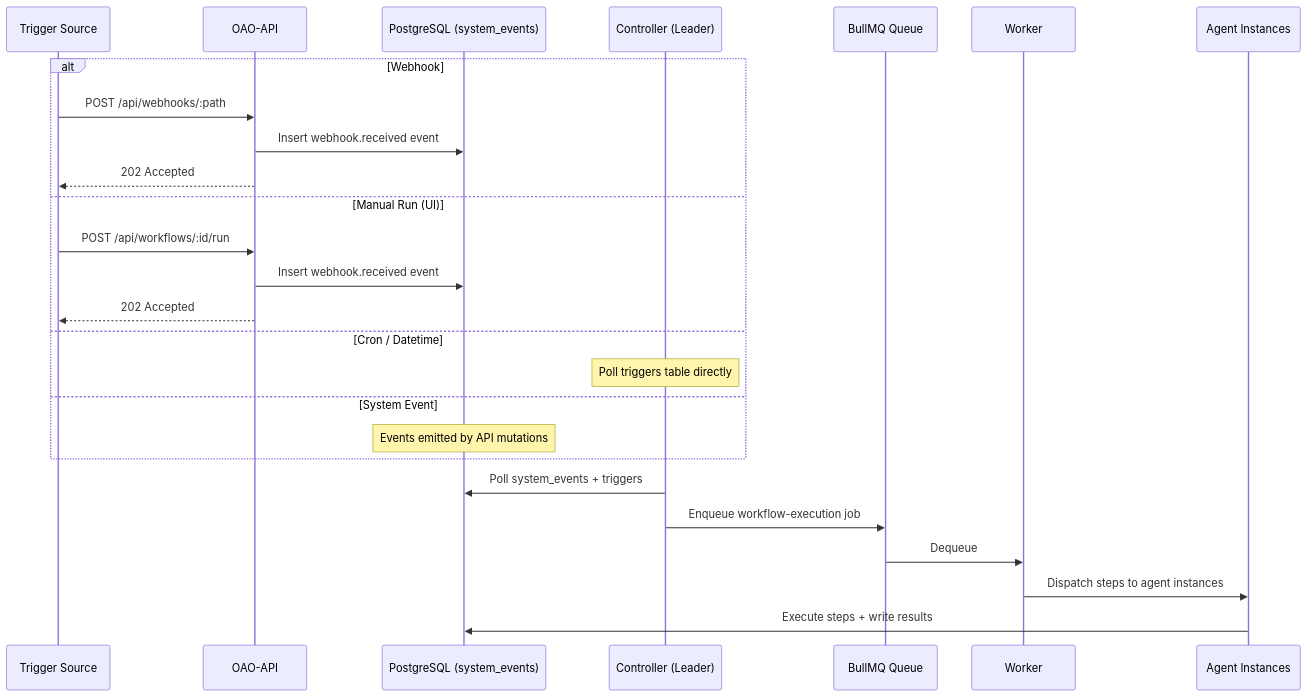
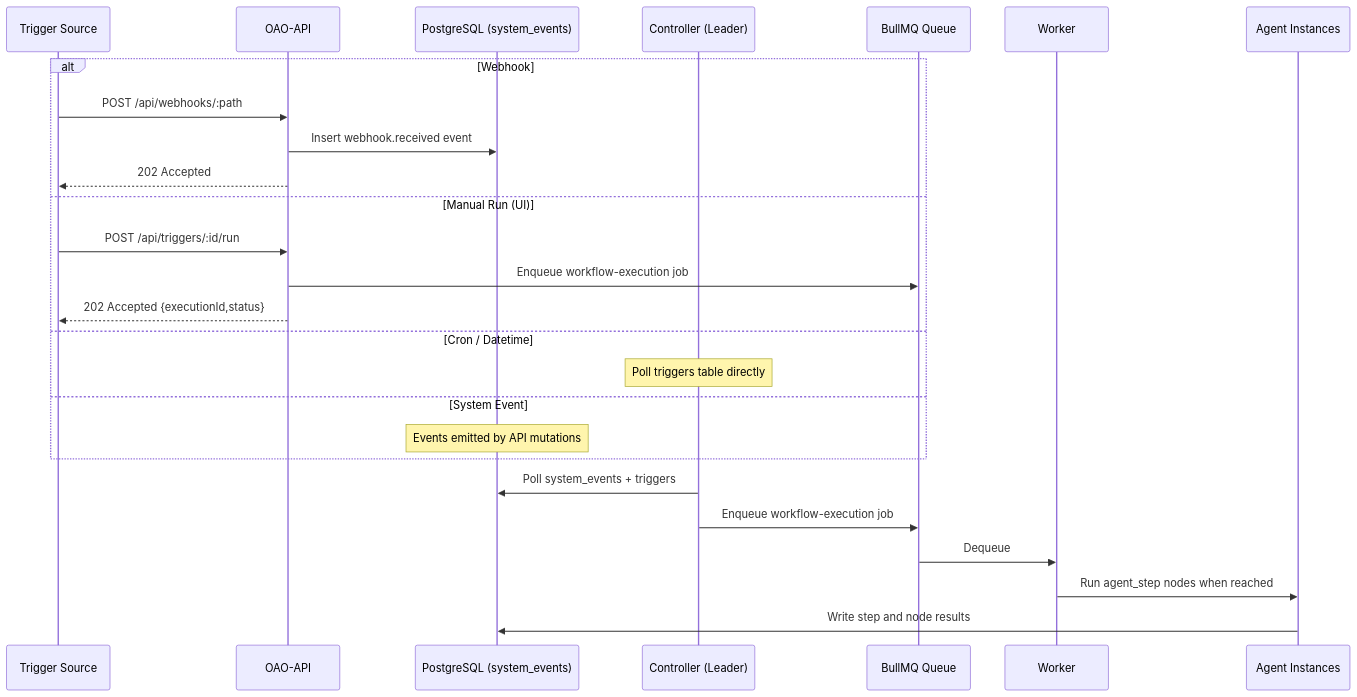
The second of 2 diagrams in docs/architecture/request-flows.md (thfai2000/open-agent-orchestra), drawn with Mermaid before and after one commit. The commit also changed other lines of this file and 53 other files, not shown here.

````diff
--- a/docs/architecture/request-flows.md
+++ b/docs/architecture/request-flows.md
@@ -27,30 +27,30 @@
 ```mermaid
 sequenceDiagram
     participant Src as Trigger Source
     participant API as OAO-API
     participant DB as PostgreSQL (system_events)
     participant Ctrl as Controller (Leader)
     participant Q as BullMQ Queue
     participant W as Worker
     participant AI as Agent Instances
 
     alt Webhook
         Src->>API: POST /api/webhooks/:path
         API->>DB: Insert webhook.received event
         API-->>Src: 202 Accepted
     else Manual Run (UI)
-        Src->>API: POST /api/workflows/:id/run
-        API->>DB: Insert webhook.received event
-        API-->>Src: 202 Accepted
+        Src->>API: POST /api/triggers/:id/run
+        API->>Q: Enqueue workflow-execution job
+        API-->>Src: 202 Accepted {executionId,status}
     else Cron / Datetime
         Note over Ctrl: Poll triggers table directly
     else System Event
         Note over DB: Events emitted by API mutations
     end
 
     Ctrl->>DB: Poll system_events + triggers
     Ctrl->>Q: Enqueue workflow-execution job
     Q->>W: Dequeue
-    W->>AI: Dispatch steps to agent instances
-    AI->>DB: Execute steps + write results
+    W->>AI: Run agent_step nodes when reached
+    AI->>DB: Write step and node results
 ```
````
